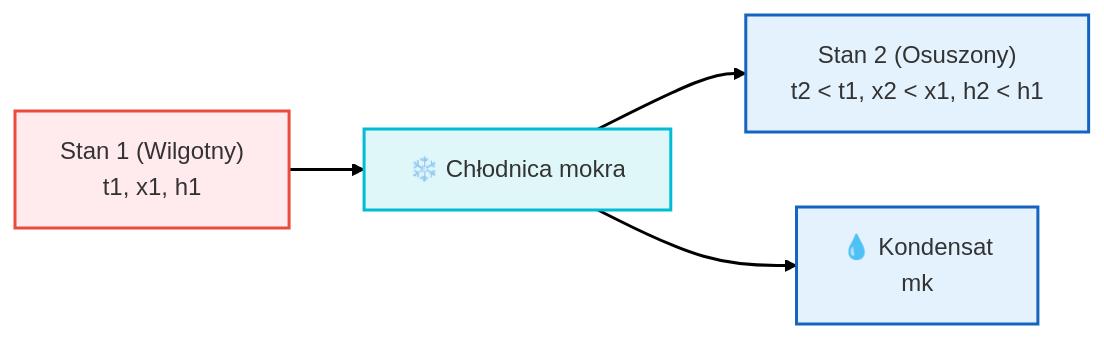
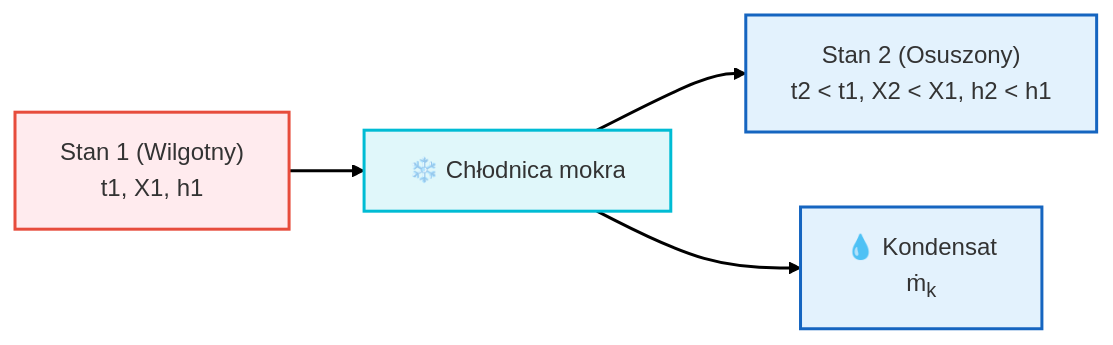
The third of 3 diagrams in Wyklady/13_Klimatyzacja.qmd (moondec/Termodynamika), drawn with Mermaid before and after one commit. The commit also changed other lines of this file and 80 other files, not shown here.

````diff
--- a/Wyklady/13_Klimatyzacja.qmd
+++ b/Wyklady/13_Klimatyzacja.qmd
@@ -198,14 +199,14 @@
 ```{mermaid}
 %%| fig-align: center
 %%| fig-width: 18.2
 %%| fig-height: 3.1
 
 flowchart LR
-    A["Stan 1 (Wilgotny)<br>t1, x1, h1"] --> CH["❄️ Chłodnica mokra"] --> B["Stan 2 (Osuszony)<br>t2 < t1, x2 < x1, h2 < h1"]
-    CH --> K["💧 Kondensat<br>mk"]
+    A["Stan 1 (Wilgotny)<br>t1, X1, h1"] --> CH["❄️ Chłodnica mokra"] --> B["Stan 2 (Osuszony)<br>t2 < t1, X2 < X1, h2 < h1"]
+    CH --> K["💧 Kondensat<br>ṁ<sub>k</sub>"]
     style A fill:#ffebee,stroke:#e74c3c,stroke-width:2px
     style CH fill:#e0f7fa,stroke:#00bcd4,stroke-width:2px
     style B fill:#e3f2fd,stroke:#1565c0,stroke-width:2px
     style K fill:#e3f2fd,stroke:#1565c0,stroke-width:2px
     linkStyle default stroke-width:2px,fill:none,stroke:black
 ```
````
